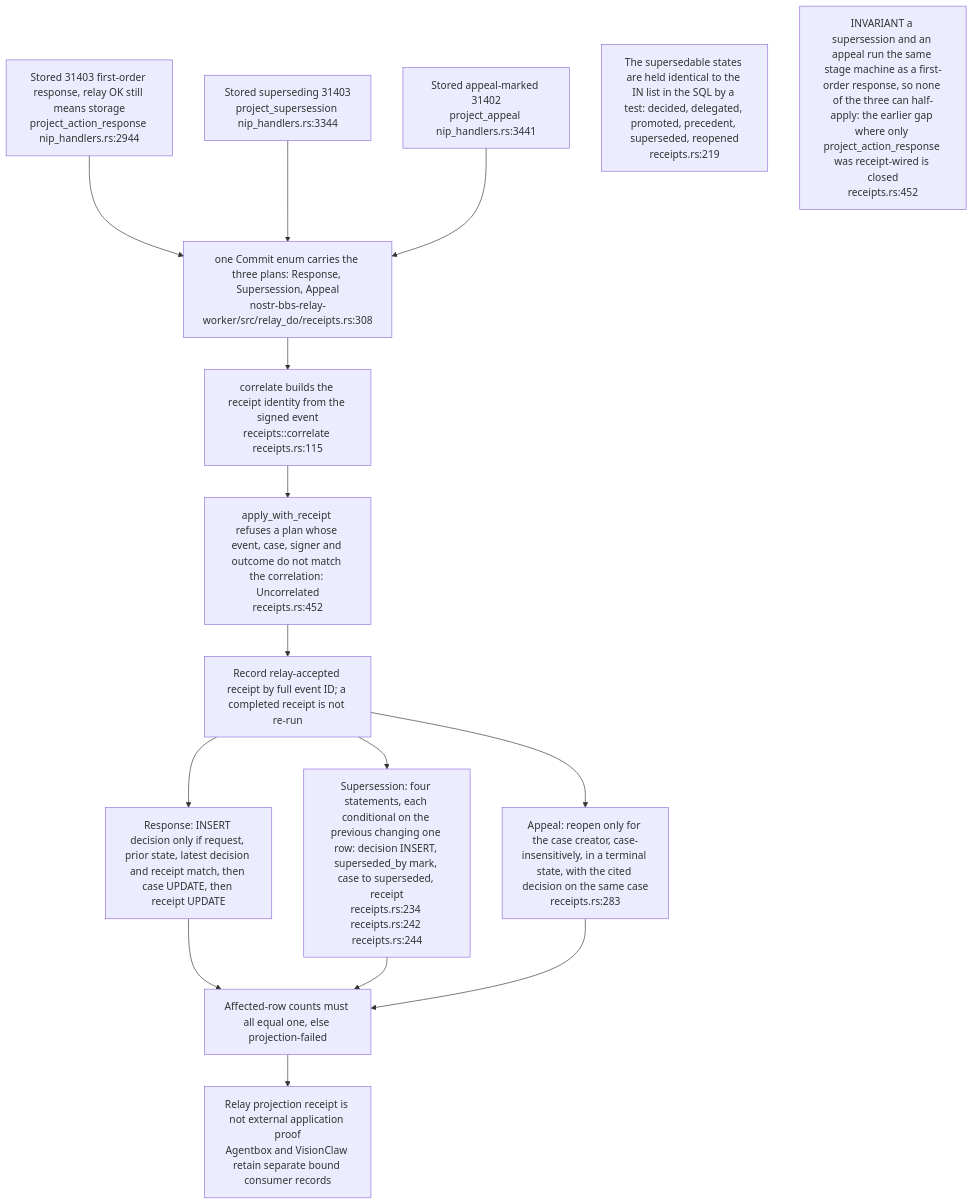
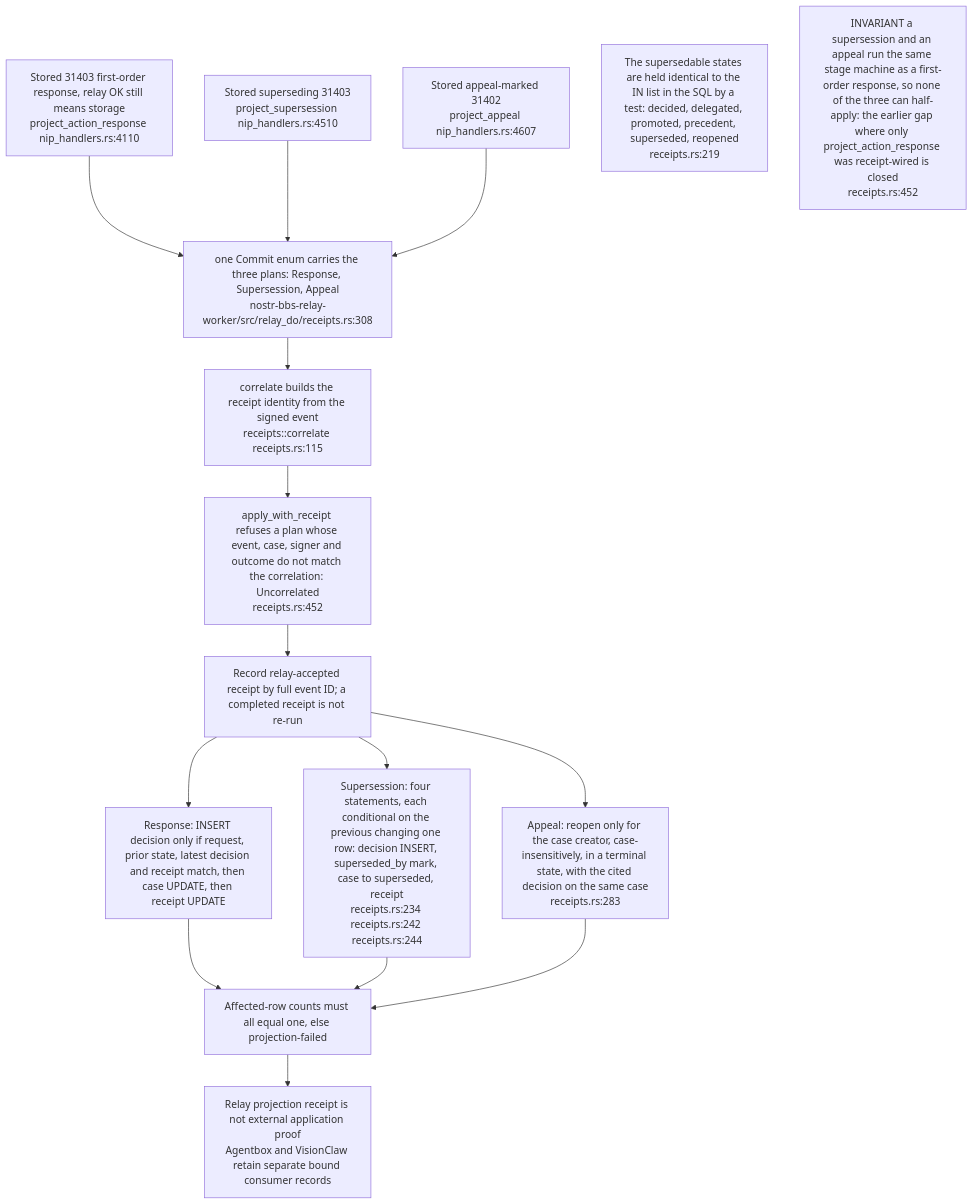
Before and after one commit to DreamLab-AI/VisionFlow: the ninth of 18 diagrams in docs/diagrams/nostr-rust-forum/06-agent-control-surface-31400-31405.md, drawn with Mermaid. The commit also changed other lines of this file, not shown here.

First line of the commit message:
docs(diagrams): NF-06 re-verified at nostr-rust-forum af4f0d5

````diff
--- a/docs/diagrams/nostr-rust-forum/06-agent-control-surface-31400-31405.md
+++ b/docs/diagrams/nostr-rust-forum/06-agent-control-surface-31400-31405.md
@@ -278,21 +278,21 @@
 ```mermaid
 flowchart TB
-    RESP["Stored 31403 first-order response, relay OK still means storage<br/>project_action_response nip_handlers.rs:2944"]
-    SUP["Stored superseding 31403<br/>project_supersession nip_handlers.rs:3344"]
-    APP["Stored appeal-marked 31402<br/>project_appeal nip_handlers.rs:3441"]
+    RESP["Stored 31403 first-order response, relay OK still means storage<br/>project_action_response nip_handlers.rs:4110"]
+    SUP["Stored superseding 31403<br/>project_supersession nip_handlers.rs:4510"]
+    APP["Stored appeal-marked 31402<br/>project_appeal nip_handlers.rs:4607"]
     COMMIT["one Commit enum carries the three plans: Response, Supersession, Appeal<br/>nostr-bbs-relay-worker/src/relay_do/receipts.rs:308"]
     CORR["correlate builds the receipt identity from the signed event<br/>receipts::correlate receipts.rs:115"]
     MATCH["apply_with_receipt refuses a plan whose event, case, signer and outcome do not match the correlation: Uncorrelated<br/>receipts.rs:452"]
     ACCEPT["Record relay-accepted receipt by full event ID; a completed receipt is not re-run"]
     SQLR["Response: INSERT decision only if request, prior state, latest decision and receipt match, then case UPDATE, then receipt UPDATE"]
     SQLS["Supersession: four statements, each conditional on the previous changing one row: decision INSERT, superseded_by mark, case to superseded, receipt<br/>receipts.rs:234 receipts.rs:242 receipts.rs:244"]
     SQLA["Appeal: reopen only for the case creator, case-insensitively, in a terminal state, with the cited decision on the same case<br/>receipts.rs:283"]
     CHECK["Affected-row counts must all equal one, else projection-failed"]
     LIMIT["Relay projection receipt is not external application proof<br/>Agentbox and VisionClaw retain separate bound consumer records"]
 
     RESP & SUP & APP --> COMMIT --> CORR --> MATCH --> ACCEPT
     ACCEPT --> SQLR & SQLS & SQLA --> CHECK --> LIMIT
 
     N1["The supersedable states are held identical to the IN list in the SQL by a test: decided, delegated, promoted, precedent, superseded, reopened<br/>receipts.rs:219"]
     N2["INVARIANT a supersession and an appeal run the same stage machine as a first-order response, so none of the three can half-apply: the earlier gap where only project_action_response was receipt-wired is closed<br/>receipts.rs:452"]
 ```
````
